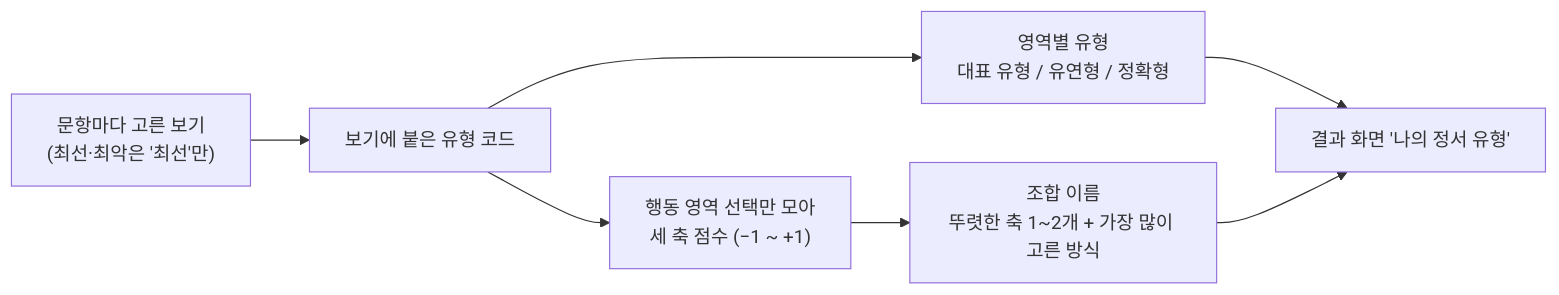
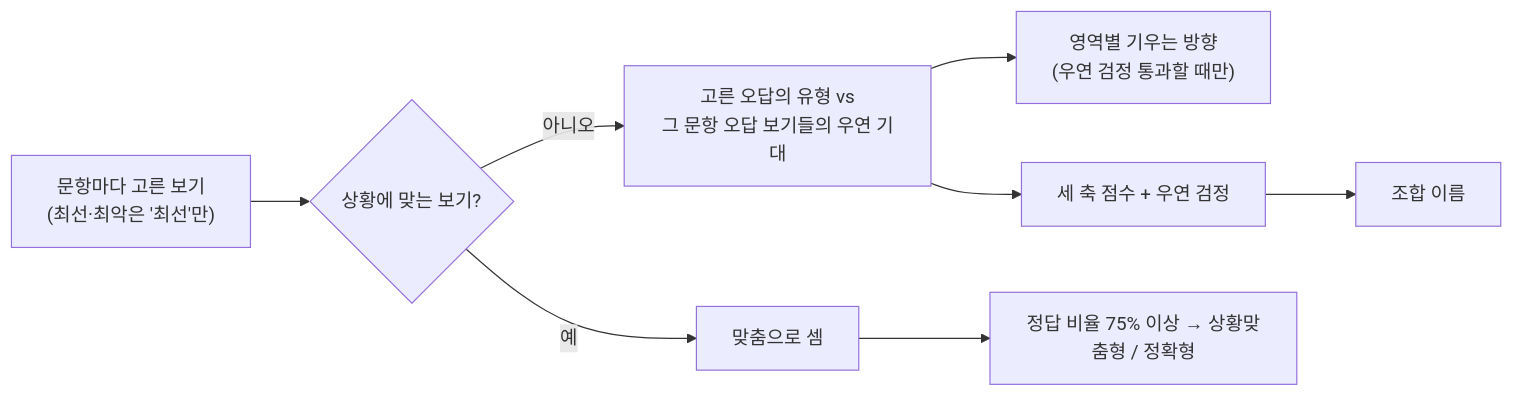
One commit to SKN35shimsungwook/eq-test changed the diagram in docs/09_유형_판정.md. Above: the diagram before and after it, drawn with Mermaid. The commit also changed other lines of this file and 8 other files, not shown here.

````diff
--- a/docs/09_유형_판정.md
+++ b/docs/09_유형_판정.md
@@ -6,9 +6,10 @@
 ```mermaid
 flowchart LR
-    A["문항마다 고른 보기<br/>(최선·최악은 '최선'만)"] --> B["보기에 붙은 유형 코드"]
-    B --> C["영역별 유형<br/>대표 유형 / 유연형 / 정확형"]
-    B --> D["행동 영역 선택만 모아<br/>세 축 점수 (−1 ~ +1)"]
-    D --> E["조합 이름<br/>뚜렷한 축 1~2개 + 가장 많이 고른 방식"]
-    C --> R["결과 화면 '나의 정서 유형'"]
-    E --> R
+    A["문항마다 고른 보기<br/>(최선·최악은 '최선'만)"] --> B{"상황에 맞는 보기?"}
+    B -->|"예"| M["맞춤으로 셈"]
+    B -->|"아니오"| C["고른 오답의 유형 vs<br/>그 문항 오답 보기들의 우연 기대"]
+    C --> D["영역별 기우는 방향<br/>(우연 검정 통과할 때만)"]
+    C --> E["세 축 점수 + 우연 검정"]
+    M --> F["정답 비율 75% 이상 → 상황맞춤형 / 정확형"]
+    E --> G["조합 이름"]
 ```
````
